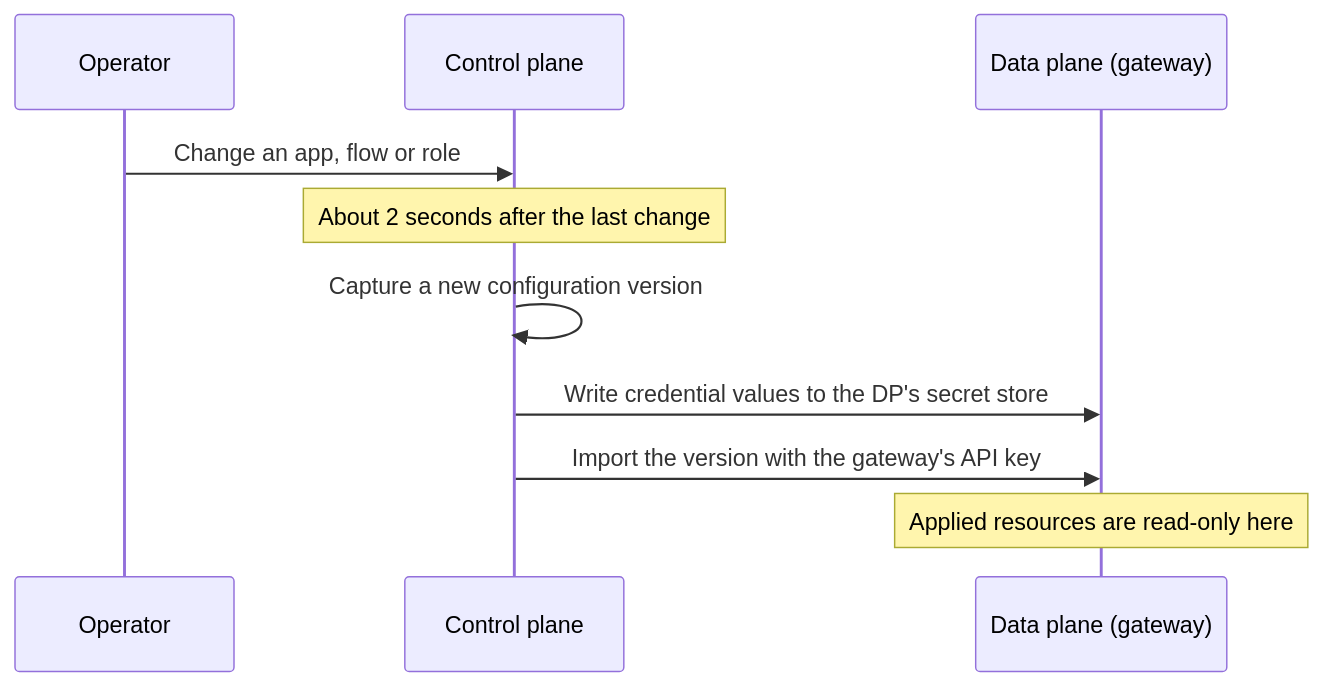
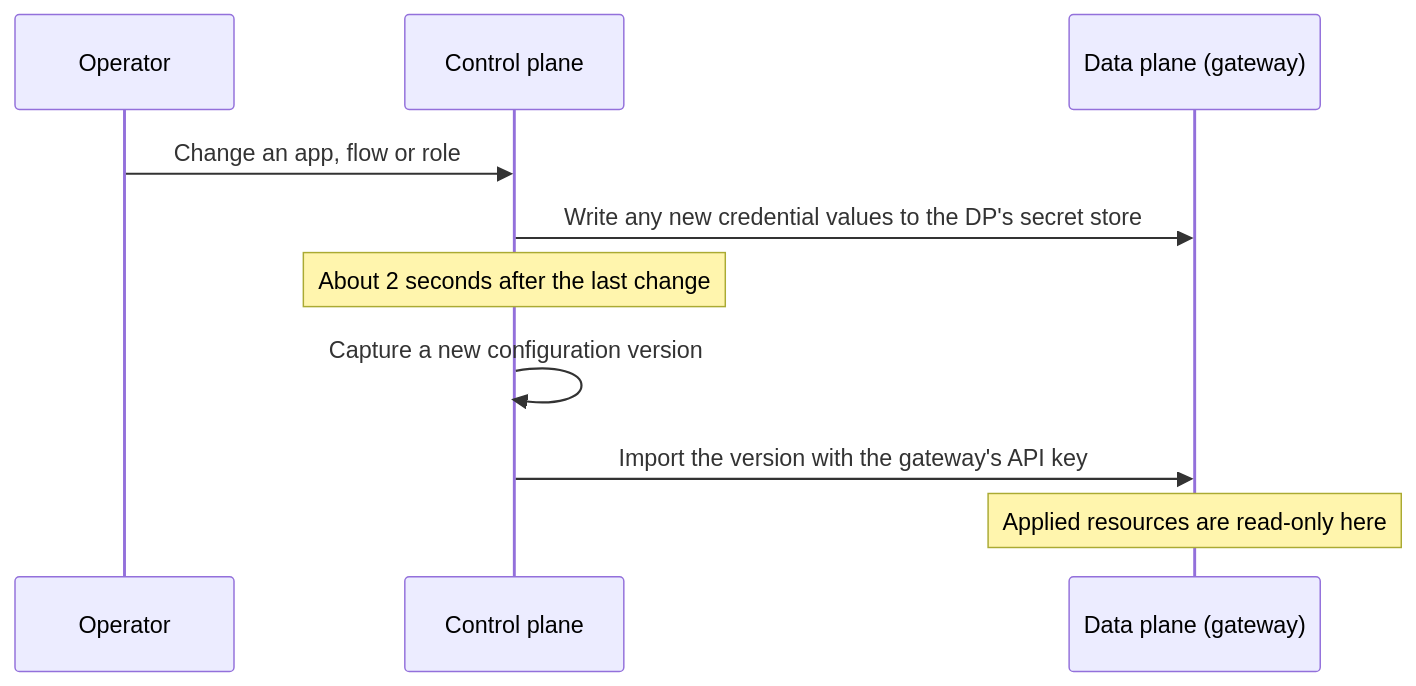
Before and after one commit to ThaminduDilshan/thunderid-crash-course: the diagram in docs/advanced/19-control-plane-data-plane.mdx, drawn with Mermaid. The commit also changed other lines of this file and 5 other files, not shown here.

````diff
--- a/docs/advanced/19-control-plane-data-plane.mdx
+++ b/docs/advanced/19-control-plane-data-plane.mdx
@@ -28,12 +28,12 @@
 ```mermaid
 sequenceDiagram
   participant Op as Operator
   participant CP as Control plane
   participant DP as Data plane (gateway)
   Op->>CP: Change an app, flow or role
+  CP->>DP: Write any new credential values to the DP's secret store
   Note over CP: About 2 seconds after the last change
   CP->>CP: Capture a new configuration version
-  CP->>DP: Write credential values to the DP's secret store
   CP->>DP: Import the version with the gateway's API key
   Note over DP: Applied resources are read-only here
 ```
````
